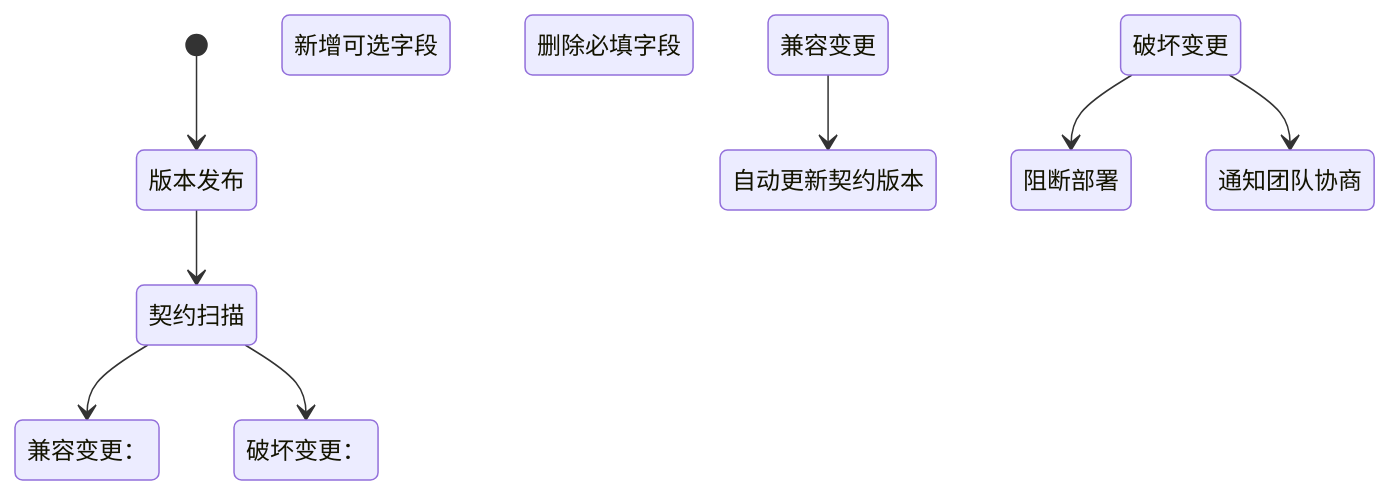
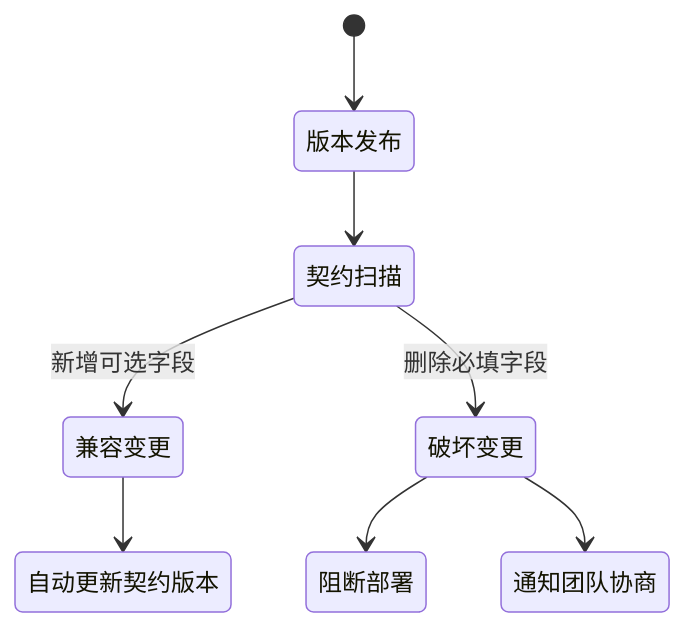
One commit to ethan-jiang-1/ai_study_tdd changed diagram 18 of 19 in _raw_dr/raw_dr_tdd_deepseek.md. Above: the diagram before and after it, drawn with Mermaid. The commit also changed other lines of this file and 1 other file, not shown here.

````diff
--- a/_raw_dr/raw_dr_tdd_deepseek.md
+++ b/_raw_dr/raw_dr_tdd_deepseek.md
@@ -782,10 +768,10 @@
    ```mermaid
    stateDiagram-v2
        [*] --> 版本发布
        版本发布 --> 契约扫描
-       契约扫描 --> 兼容变更： 新增可选字段
-       契约扫描 --> 破坏变更： 删除必填字段
+       契约扫描 --> 兼容变更: 新增可选字段
+       契约扫描 --> 破坏变更: 删除必填字段
        兼容变更 --> 自动更新契约版本
        破坏变更 --> 阻断部署
        破坏变更 --> 通知团队协商
    ```
````
